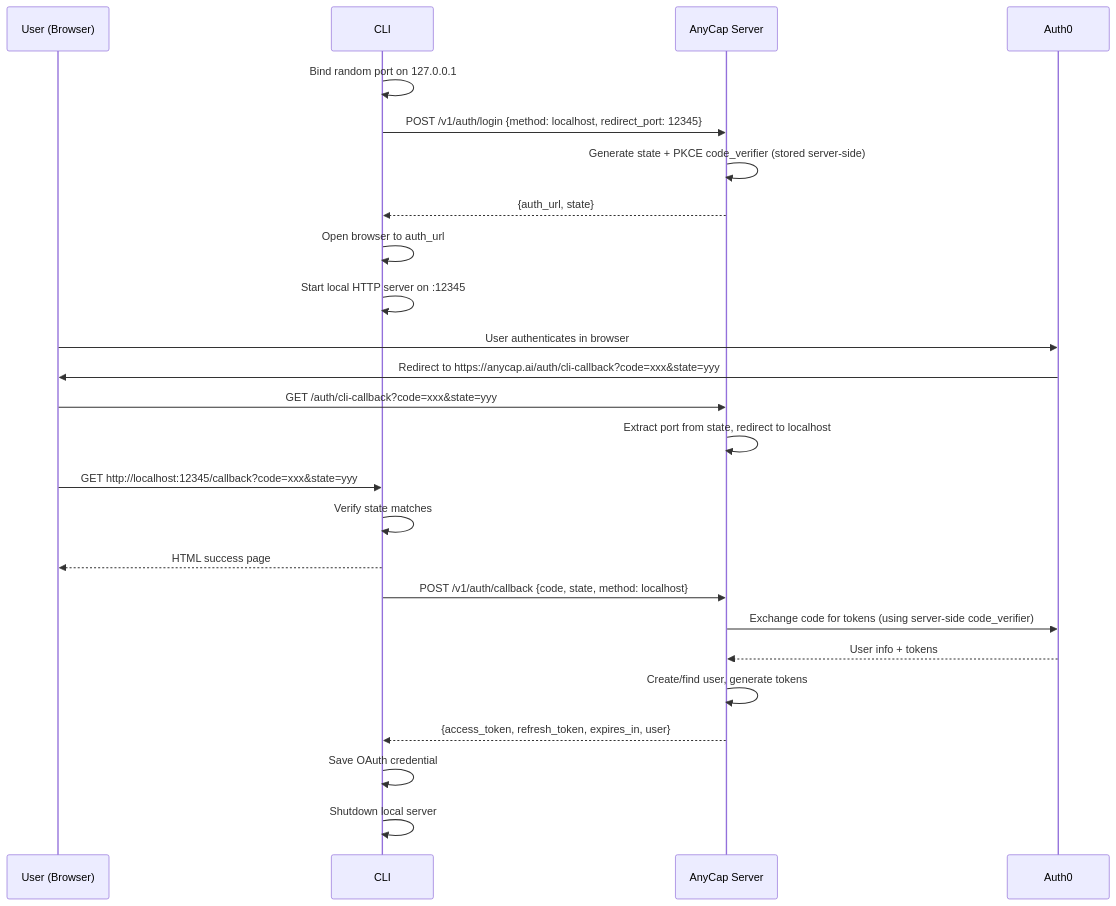
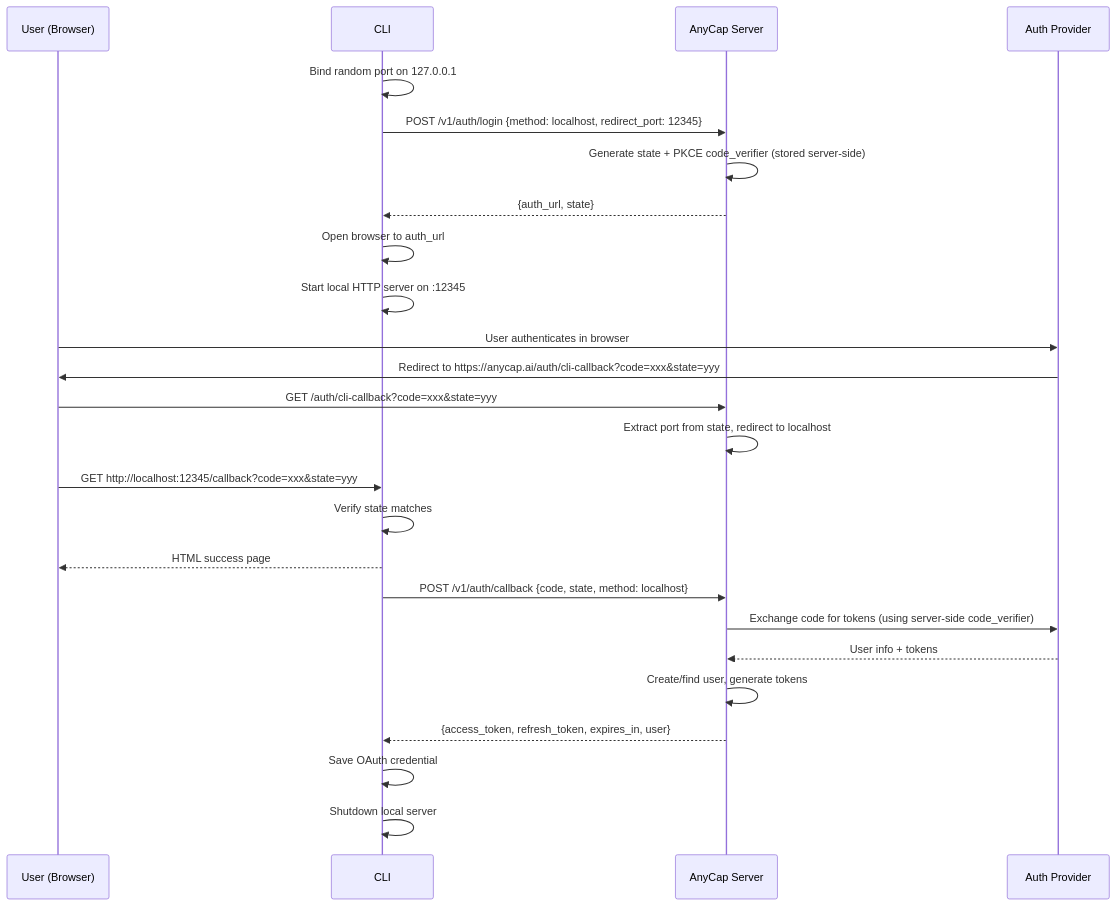
Before and after one commit to anycap-ai/anycap: the third of 6 diagrams in docs/cli/spec/oauth.md, drawn with Mermaid. The commit also changed other lines of this file and 46 other files, not shown here.

````diff
--- a/docs/cli/spec/oauth.md
+++ b/docs/cli/spec/oauth.md
@@ -234,33 +236,33 @@
 ```mermaid
 sequenceDiagram
     participant U as User (Browser)
     participant C as CLI
     participant S as AnyCap Server
-    participant A as Auth0
+    participant A as Auth Provider
 
     C->>C: Bind random port on 127.0.0.1
     C->>S: POST /v1/auth/login {method: localhost, redirect_port: 12345}
     S->>S: Generate state + PKCE code_verifier (stored server-side)
     S-->>C: {auth_url, state}
 
     C->>C: Open browser to auth_url
     C->>C: Start local HTTP server on :12345
 
     U->>A: User authenticates in browser
     A->>U: Redirect to https://anycap.ai/auth/cli-callback?code=xxx&state=yyy
     U->>S: GET /auth/cli-callback?code=xxx&state=yyy
     S->>S: Extract port from state, redirect to localhost
     U->>C: GET http://localhost:12345/callback?code=xxx&state=yyy
 
     C->>C: Verify state matches
     C-->>U: HTML success page
 
     C->>S: POST /v1/auth/callback {code, state, method: localhost}
     S->>A: Exchange code for tokens (using server-side code_verifier)
     A-->>S: User info + tokens
     S->>S: Create/find user, generate tokens
     S-->>C: {access_token, refresh_token, expires_in, user}
 
     C->>C: Save OAuth credential
     C->>C: Shutdown local server
 ```
````
